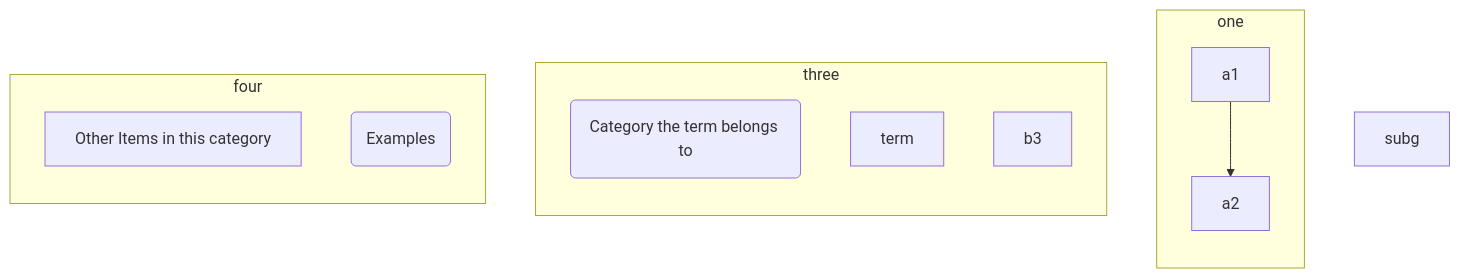
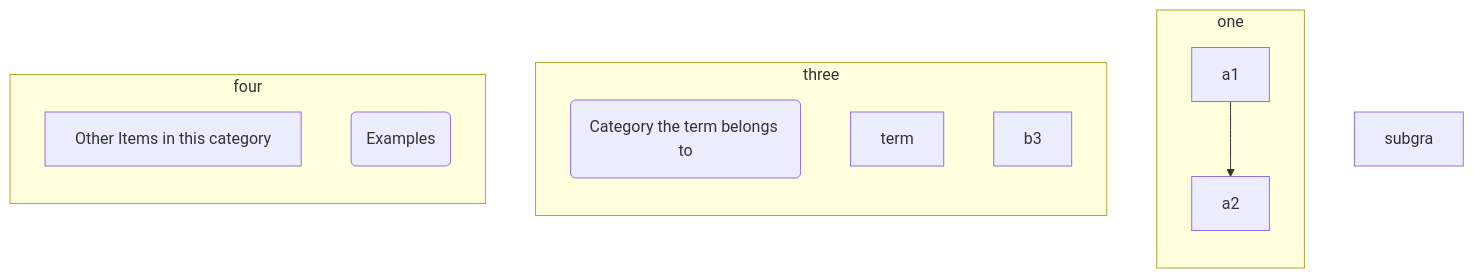
The diagram in slides.md (gerbssusd/dok), drawn with Mermaid before and after one commit.

````diff
--- a/slides.md
+++ b/slides.md
@@ -217,25 +217,25 @@
 ```mermaid
 flowchart TB
     subgraph one 
      direction TB
     a1-->a2
      end
-    subg
+    subgra
     subgraph three
       direction TB
         b1(Category the term belongs to)
         b2[term]
         b3 
         end
     subgraph four
       direction TB
     c1[Other Items in this category] 
     c2(Examples)
     end
 
 
 
 
 
 
 ```
````
